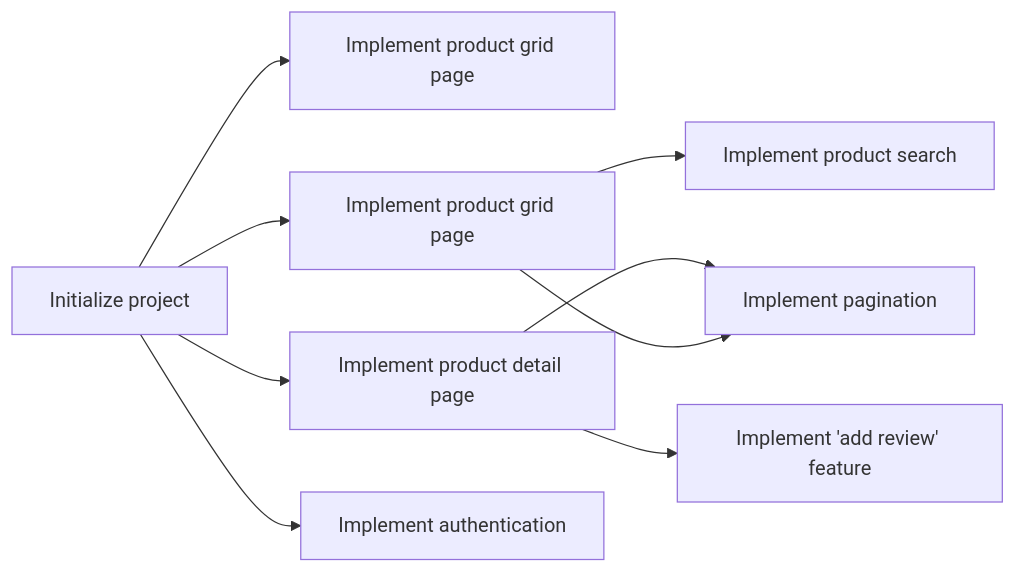
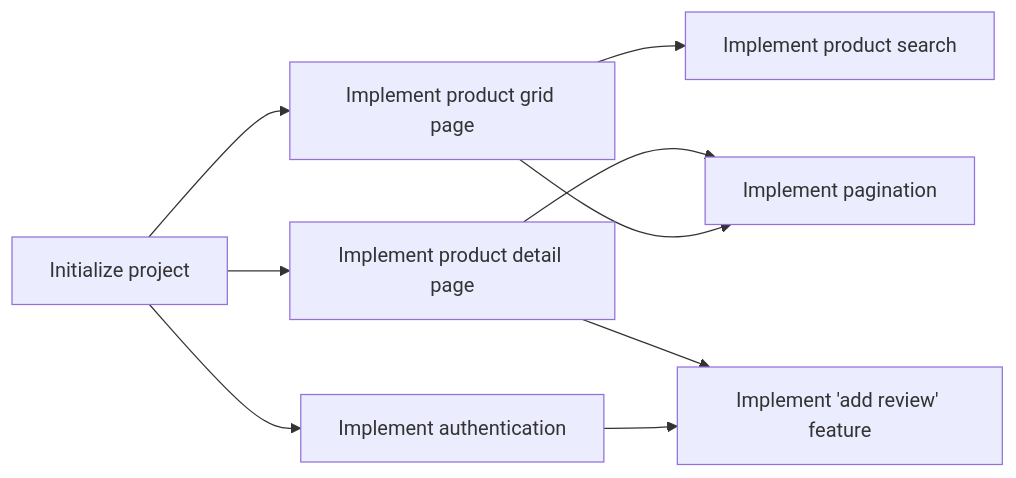
Before and after one commit to PeterNitsche/online-shop: the diagram in LEADERSHIP.md, drawn with Mermaid. The commit also changed other lines of this file, not shown here.

Commit message:
add timeline

````diff
--- a/LEADERSHIP.md
+++ b/LEADERSHIP.md
@@ -124,11 +124,11 @@
 ```mermaid
-graph LR
-    A[Initialize project] -->B[Implement product grid page]
-    A --> C[Implement product grid page]
+flowchart LR
+    A[Initialize project] --> C[Implement product grid page]
     A --> D[Implement product detail page]
     A --> E[Implement authentication]
     C --> F[Implement product search]
     D --> G[Implement 'add review' feature]
     D --> H[Implement pagination]
     C --> H
+    E --> G
 ```
````
